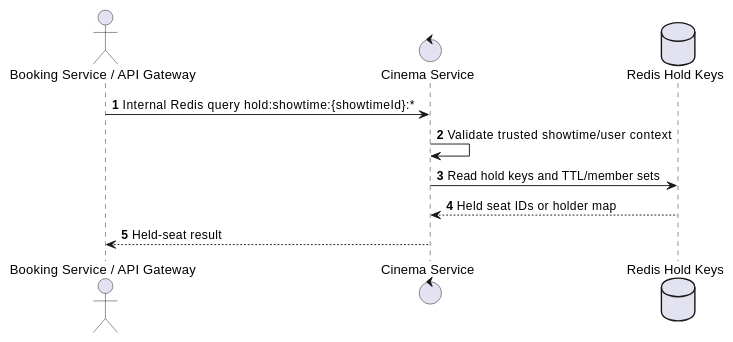
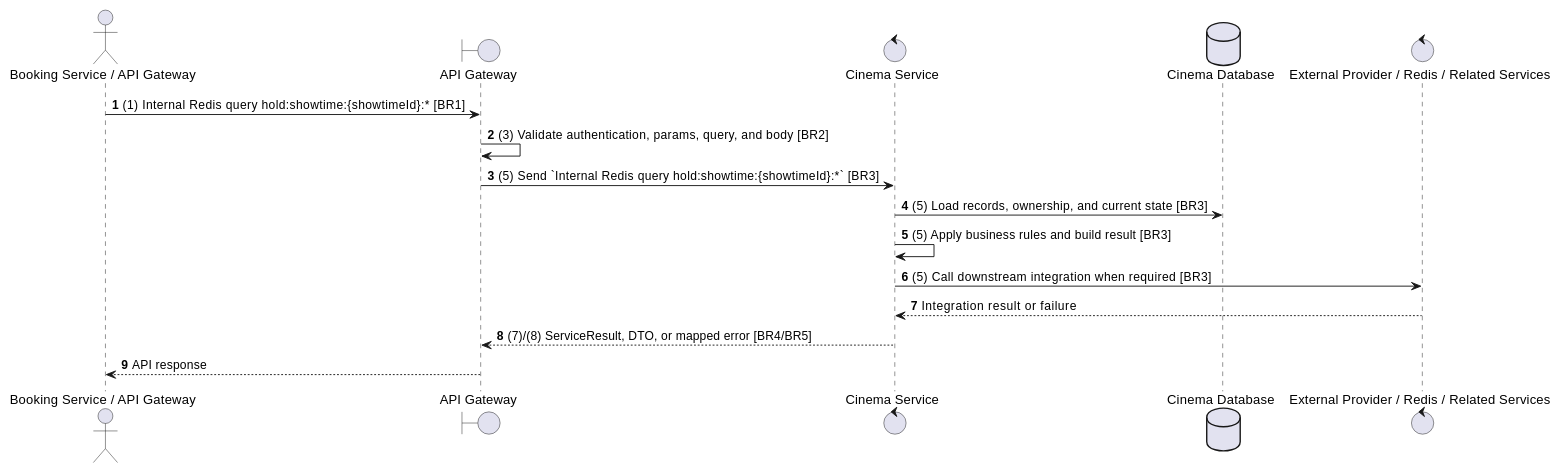
Before and after one commit to Tanh1603/movie-hub-architecture: the second of 2 diagrams in docs/functional_specs/3.5.3_Real-time_Seat_Selection/RT-05_Get_All_Held_Seats.md, drawn with PlantUML. The commit also changed other lines of this file and 129 other files, not shown here.

````diff
--- a/docs/functional_specs/3.5.3_Real-time_Seat_Selection/RT-05_Get_All_Held_Seats.md
+++ b/docs/functional_specs/3.5.3_Real-time_Seat_Selection/RT-05_Get_All_Held_Seats.md
@@ -17,14 +64,20 @@
 ```plantuml
 @startuml
 autonumber
 actor "Booking Service / API Gateway" as Actor
+boundary "API Gateway" as GW
 control "Cinema Service" as SVC
-database "Redis Hold Keys" as Hold
+database "Cinema Database" as DB
+control "External Provider / Redis / Related Services" as EXT
 
-Actor -> SVC: Internal Redis query hold:showtime:{showtimeId}:*
-SVC -> SVC: Validate trusted showtime/user context
-SVC -> Hold: Read hold keys and TTL/member sets
-Hold --> SVC: Held seat IDs or holder map
-SVC --> Actor: Held-seat result
+Actor -> GW: (1) Internal Redis query hold:showtime:{showtimeId}:* [BR1]
+GW -> GW: (3) Validate authentication, params, query, and body [BR2]
+GW -> SVC: (5) Send `Internal Redis query hold:showtime:{showtimeId}:*` [BR3]
+SVC -> DB: (5) Load records, ownership, and current state [BR3]
+SVC -> SVC: (5) Apply business rules and build result [BR3]
+SVC -> EXT: (5) Call downstream integration when required [BR3]
+EXT --> SVC: Integration result or failure
+SVC --> GW: (7)/(8) ServiceResult, DTO, or mapped error [BR4/BR5]
+GW --> Actor: API response
 @enduml
 ```
````
